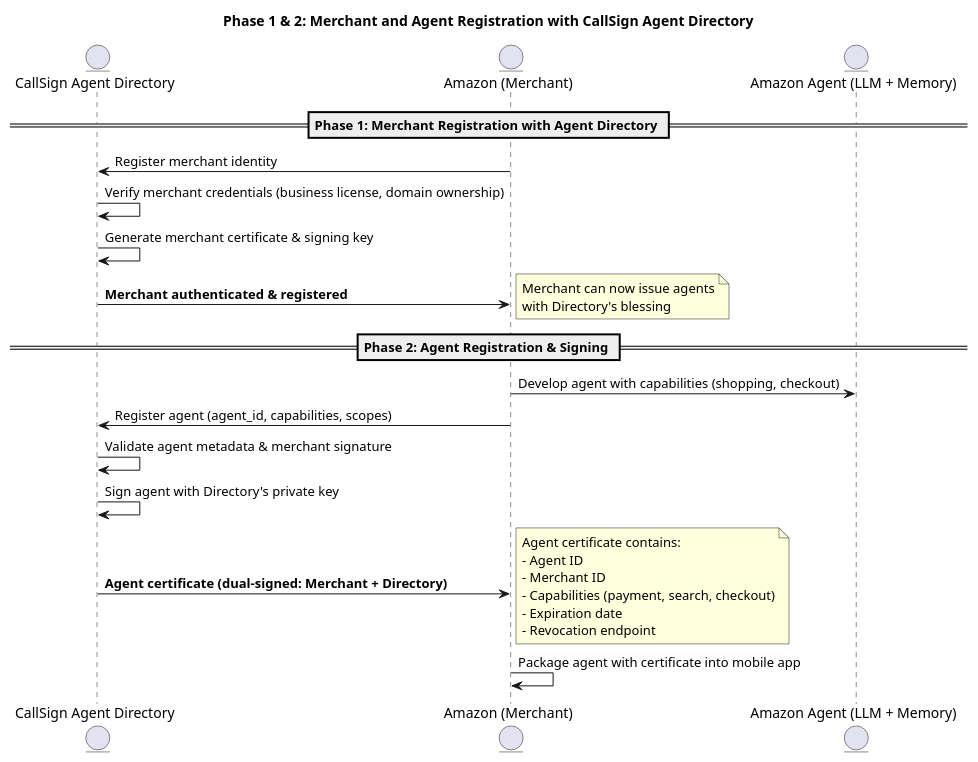
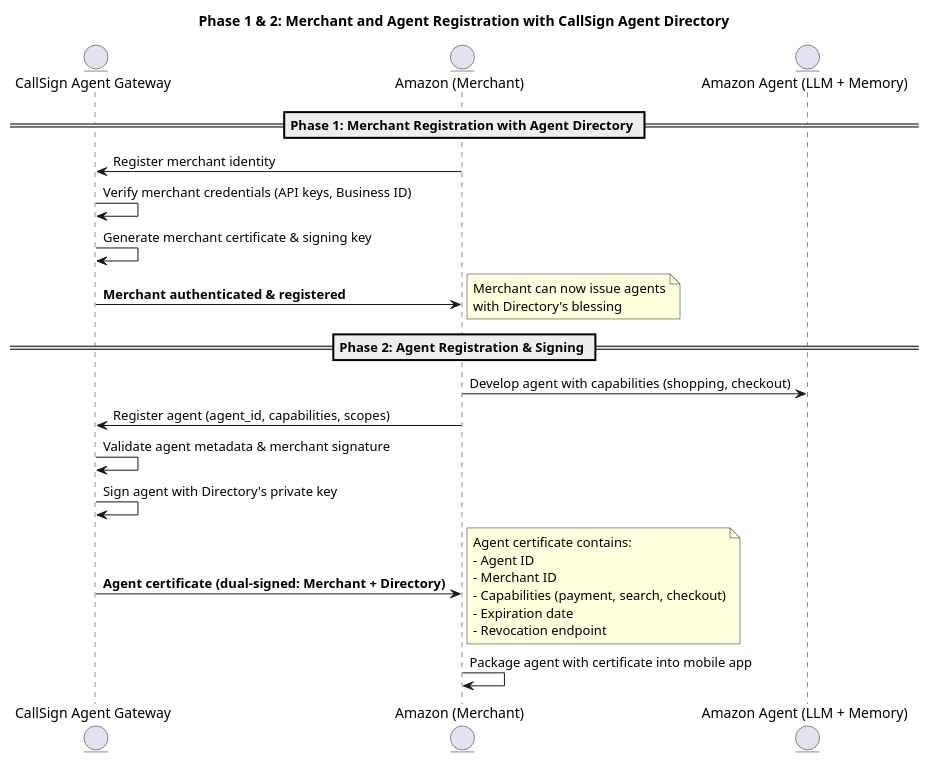
Before and after one commit to aarijmh/self_healing_llm: the diagram in agent_demo/phases_1_2_combined.plantuml, drawn with PlantUML. The commit also changed 60 other files, not shown here.

```diff
--- a/agent_demo/phases_1_2_combined.plantuml
+++ b/agent_demo/phases_1_2_combined.plantuml
@@ -1,27 +1,27 @@
 @startuml
 title Phase 1 & 2: Merchant and Agent Registration with CallSign Agent Directory
 
-entity "CallSign Agent Directory" as Directory
+entity "CallSign Agent Gateway" as Directory
 entity "Amazon (Merchant)" as Merchant
 entity "Amazon Agent (LLM + Memory)" as Agent
 
 == Phase 1: Merchant Registration with Agent Directory ==
 
 Merchant -> Directory : Register merchant identity
-Directory -> Directory : Verify merchant credentials (business license, domain ownership)
+Directory -> Directory : Verify merchant credentials (API keys, Business ID)
 Directory -> Directory : Generate merchant certificate & signing key
 Directory -> Merchant : **Merchant authenticated & registered**
 note right: Merchant can now issue agents\nwith Directory's blessing
 
 == Phase 2: Agent Registration & Signing ==
 
 Merchant -> Agent : Develop agent with capabilities (shopping, checkout)
 Merchant -> Directory : Register agent (agent_id, capabilities, scopes)
 Directory -> Directory : Validate agent metadata & merchant signature
 Directory -> Directory : Sign agent with Directory's private key
 Directory -> Merchant : **Agent certificate (dual-signed: Merchant + Directory)**
 note right: Agent certificate contains:\n- Agent ID\n- Merchant ID\n- Capabilities (payment, search, checkout)\n- Expiration date\n- Revocation endpoint
 
 Merchant -> Merchant : Package agent with certificate into mobile app
 
 @enduml
```
